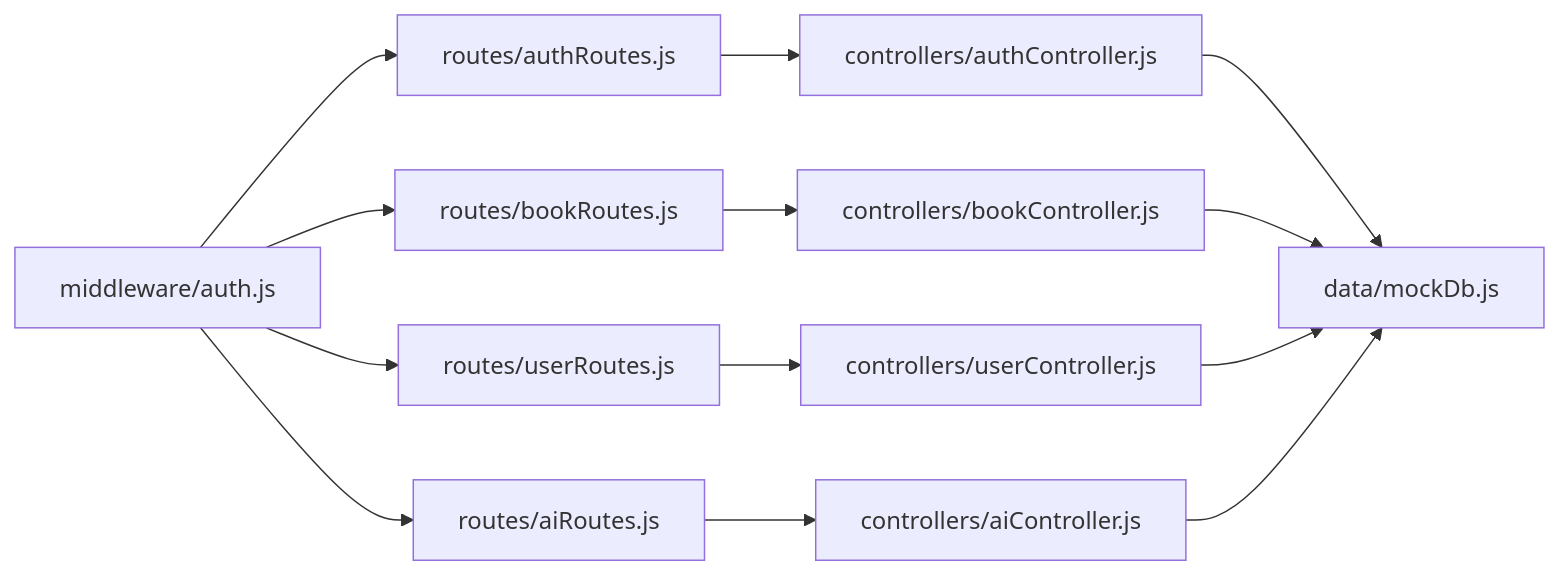
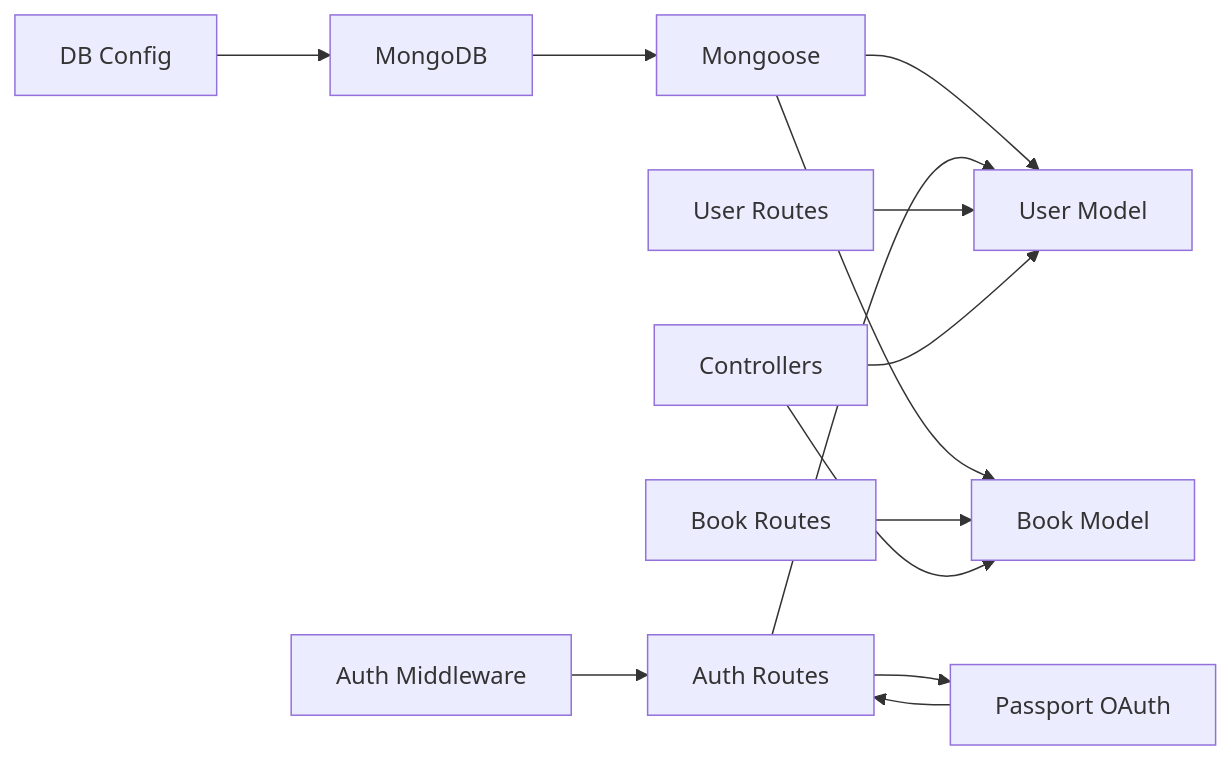
One commit to ganesh-NB/readsphere changed the fourth of 4 diagrams in .qoder/repowiki/en/content/Data Models and Database Schema/Data Models and Database Schema.md. Above: the diagram before and after it, drawn with Mermaid. The commit also changed other lines of this file and 46 other files, not shown here.

````diff
--- a/.qoder/repowiki/en/content/Data Models and Database Schema/Data Models and Database Schema.md
+++ b/.qoder/repowiki/en/content/Data Models and Database Schema/Data Models and Database Schema.md
@@ -446,15 +405,26 @@
 ```mermaid
 graph LR
-AUTHMW["middleware/auth.js"] --> ROUTE_AUTH["routes/authRoutes.js"]
-AUTHMW --> ROUTE_BOOK["routes/bookRoutes.js"]
-AUTHMW --> ROUTE_USER["routes/userRoutes.js"]
-AUTHMW --> ROUTE_AI["routes/aiRoutes.js"]
-ROUTE_AUTH --> CTRL_AUTH["controllers/authController.js"]
-ROUTE_BOOK --> CTRL_BOOK["controllers/bookController.js"]
-ROUTE_USER --> CTRL_USER["controllers/userController.js"]
-ROUTE_AI --> CTRL_AI["controllers/aiController.js"]
-CTRL_AUTH --> DATA["data/mockDb.js"]
-CTRL_BOOK --> DATA
-CTRL_USER --> DATA
-CTRL_AI --> DATA
+DB["MongoDB"]
+MONGO["Mongoose"]
+USERMODEL["User Model"]
+BOOKMODEL["Book Model"]
+AUTH["Auth Routes"]
+USER["User Routes"]
+BOOK["Book Routes"]
+CONTROLLERS["Controllers"]
+MIDDLEWARE["Auth Middleware"]
+PASSPORT["Passport OAuth"]
+CONFIG["DB Config"]
+DB --> MONGO
+MONGO --> USERMODEL
+MONGO --> BOOKMODEL
+AUTH --> USERMODEL
+AUTH --> PASSPORT
+USER --> USERMODEL
+BOOK --> BOOKMODEL
+CONTROLLERS --> USERMODEL
+CONTROLLERS --> BOOKMODEL
+MIDDLEWARE --> AUTH
+PASSPORT --> AUTH
+CONFIG --> DB
 ```
````
